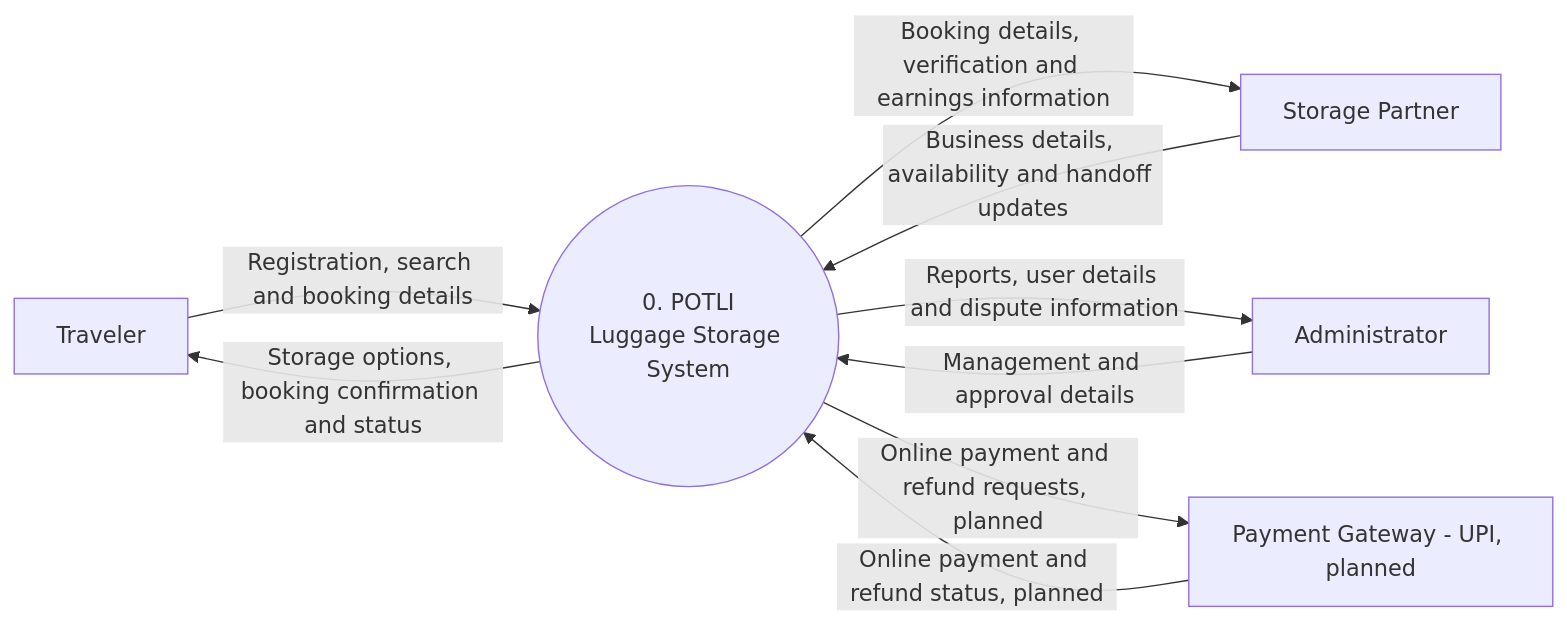
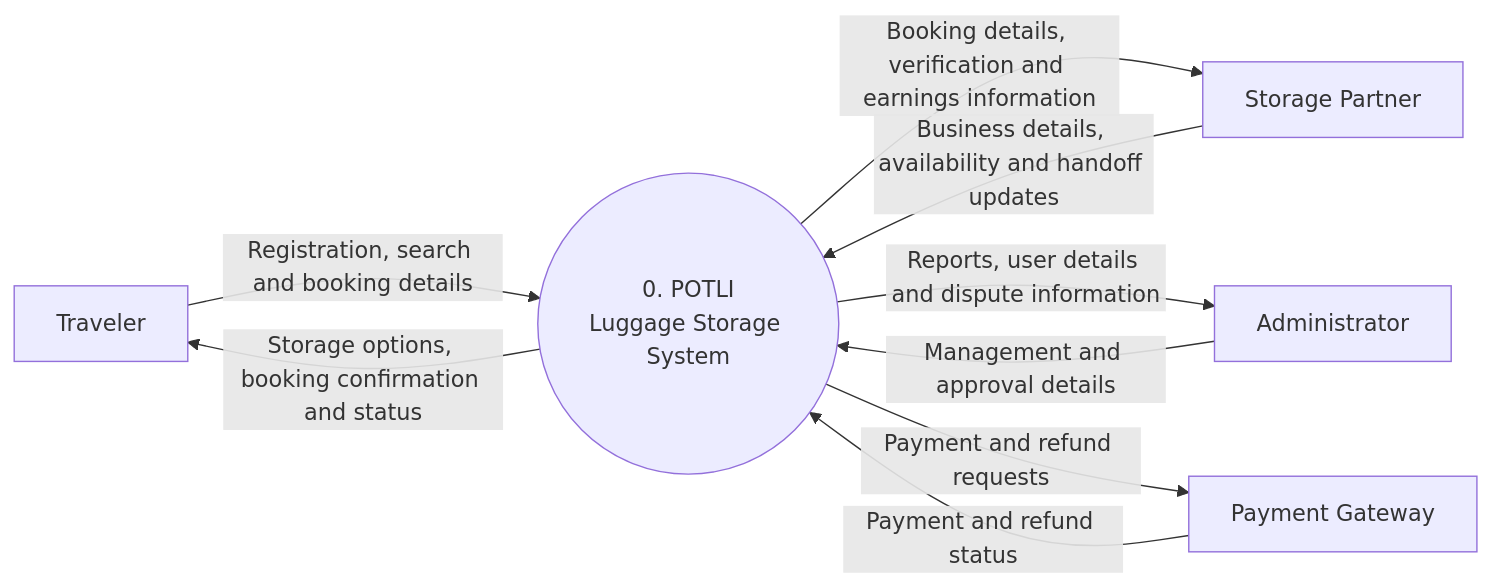
The diagram in assets/dfd-level-0.mmd (ISHANT-M/Potli), drawn with Mermaid before and after one commit. The commit also changed 27 other files, not shown here.

Commit message:
docs: restore original textbook-notation diagrams and describe implementation deviations in the report

```diff
--- a/assets/dfd-level-0.mmd
+++ b/assets/dfd-level-0.mmd
@@ -1,19 +1,19 @@
 flowchart LR
     T[Traveler]
     P[Storage Partner]
     A[Administrator]
-    G[Payment Gateway - UPI, planned]
+    G[Payment Gateway]
 
     S((0. POTLI<br/>Luggage Storage System))
 
     T -->|Registration, search and booking details| S
     S -->|Storage options, booking confirmation and status| T
 
     P -->|Business details, availability and handoff updates| S
     S -->|Booking details, verification and earnings information| P
 
     A -->|Management and approval details| S
     S -->|Reports, user details and dispute information| A
 
-    S -->|Online payment and refund requests, planned| G
-    G -->|Online payment and refund status, planned| S
+    S -->|Payment and refund requests| G
+    G -->|Payment and refund status| S
```
